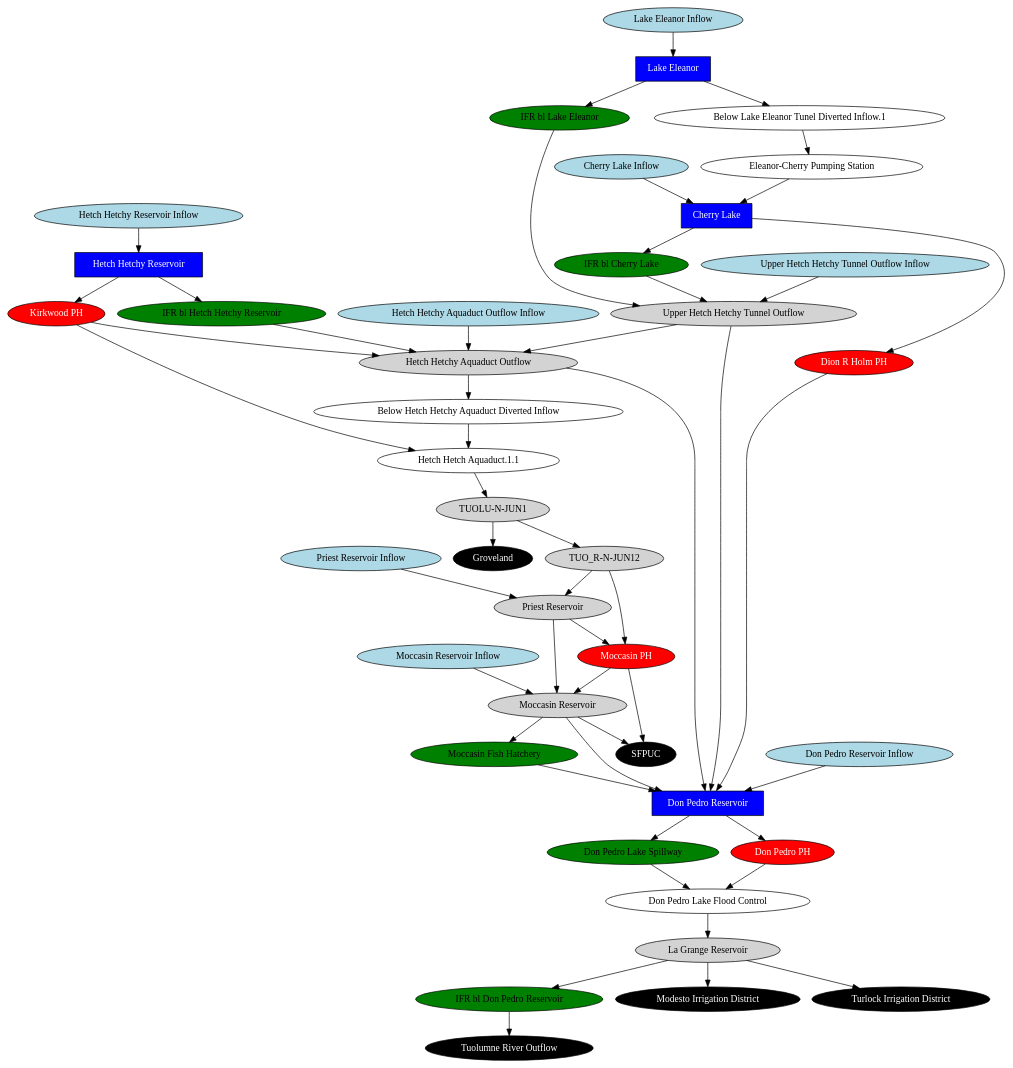
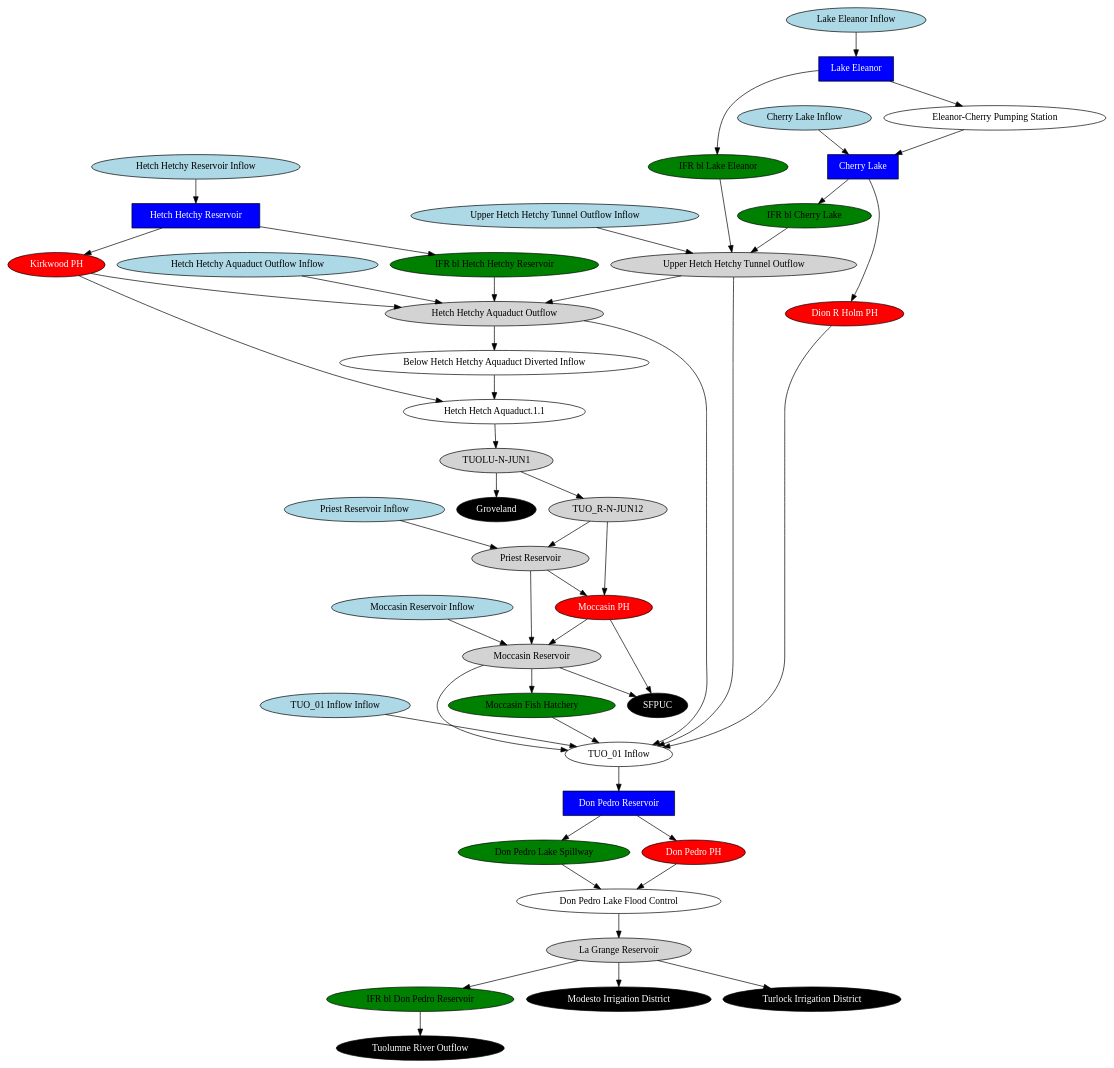
One commit to vicelab/cen-sierra-pywr changed the diagram in schematics/tuolumne_schematic_simplified.gv. Above: the diagram before and after it, drawn with Graphviz. The commit also changed 11 other files, not shown here.

Commit message:
preliminary addition of water bank, district entitlements, and related operations for cherry-eleanor

```diff
--- a/schematics/tuolumne_schematic_simplified.gv
+++ b/schematics/tuolumne_schematic_simplified.gv
@@ -1,91 +1,91 @@
 // tuolumne
 digraph tuolumne {
-	"Don Pedro Reservoir Inflow" [fillcolor=lightblue fontcolor=black shape=oval style=filled]
+	"TUO_01 Inflow Inflow" [fillcolor=lightblue fontcolor=black shape=oval style=filled]
 	"Upper Hetch Hetchy Tunnel Outflow Inflow" [fillcolor=lightblue fontcolor=black shape=oval style=filled]
 	"Cherry Lake Inflow" [fillcolor=lightblue fontcolor=black shape=oval style=filled]
 	"Lake Eleanor Inflow" [fillcolor=lightblue fontcolor=black shape=oval style=filled]
 	"Hetch Hetchy Reservoir Inflow" [fillcolor=lightblue fontcolor=black shape=oval style=filled]
 	"Moccasin Reservoir Inflow" [fillcolor=lightblue fontcolor=black shape=oval style=filled]
 	"Priest Reservoir Inflow" [fillcolor=lightblue fontcolor=black shape=oval style=filled]
 	"Hetch Hetchy Aquaduct Outflow Inflow" [fillcolor=lightblue fontcolor=black shape=oval style=filled]
 	"Below Hetch Hetchy Aquaduct Diverted Inflow" [fillcolor=white fontcolor=black shape=oval style=filled]
-	"Below Lake Eleanor Tunel Diverted Inflow.1" [fillcolor=white fontcolor=black shape=oval style=filled]
 	"Don Pedro Lake Flood Control" [fillcolor=white fontcolor=black shape=oval style=filled]
 	"Hetch Hetch Aquaduct.1.1" [fillcolor=white fontcolor=black shape=oval style=filled]
 	"Cherry Lake" [fillcolor=blue fontcolor=white shape=rect style=filled]
 	"Dion R Holm PH" [fillcolor=red fontcolor=white shape=oval style=filled]
 	"Don Pedro Lake Spillway" [fillcolor=green fontcolor=black shape=oval style=filled]
 	"Don Pedro PH" [fillcolor=red fontcolor=white shape=oval style=filled]
 	"Don Pedro Reservoir" [fillcolor=blue fontcolor=white shape=rect style=filled]
 	"Eleanor-Cherry Pumping Station" [fillcolor=white fontcolor=black shape=oval style=filled]
 	Groveland [fillcolor=black fontcolor=white shape=oval style=filled]
 	"Hetch Hetchy Aquaduct Outflow" [fillcolor=lightgrey fontcolor=black shape=oval style=filled]
 	"Hetch Hetchy Reservoir" [fillcolor=blue fontcolor=white shape=rect style=filled]
 	"IFR bl Cherry Lake" [fillcolor=green fontcolor=black shape=oval style=filled]
 	"IFR bl Don Pedro Reservoir" [fillcolor=green fontcolor=black shape=oval style=filled]
 	"IFR bl Hetch Hetchy Reservoir" [fillcolor=green fontcolor=black shape=oval style=filled]
 	"IFR bl Lake Eleanor" [fillcolor=green fontcolor=black shape=oval style=filled]
 	"Moccasin Fish Hatchery" [fillcolor=green fontcolor=black shape=oval style=filled]
 	"Kirkwood PH" [fillcolor=red fontcolor=white shape=oval style=filled]
 	"La Grange Reservoir" [fillcolor=lightgrey fontcolor=black shape=oval style=filled]
 	"Lake Eleanor" [fillcolor=blue fontcolor=white shape=rect style=filled]
 	"Moccasin PH" [fillcolor=red fontcolor=white shape=oval style=filled]
 	"Moccasin Reservoir" [fillcolor=lightgrey fontcolor=black shape=oval style=filled]
 	"Modesto Irrigation District" [fillcolor=black fontcolor=white shape=oval style=filled]
 	"Priest Reservoir" [fillcolor=lightgrey fontcolor=black shape=oval style=filled]
 	SFPUC [fillcolor=black fontcolor=white shape=oval style=filled]
 	"TUOLU-N-JUN1" [fillcolor=lightgrey fontcolor=black shape=oval style=filled]
 	"Tuolumne River Outflow" [fillcolor=black fontcolor=white shape=oval style=filled]
+	"TUO_01 Inflow" [fillcolor=white fontcolor=black shape=oval style=filled]
 	"TUO_R-N-JUN12" [fillcolor=lightgrey fontcolor=black shape=oval style=filled]
 	"Turlock Irrigation District" [fillcolor=black fontcolor=white shape=oval style=filled]
 	"Upper Hetch Hetchy Tunnel Outflow" [fillcolor=lightgrey fontcolor=black shape=oval style=filled]
 	"Hetch Hetchy Aquaduct Outflow" -> "Below Hetch Hetchy Aquaduct Diverted Inflow"
-	"Lake Eleanor" -> "Below Lake Eleanor Tunel Diverted Inflow.1"
-	"Below Lake Eleanor Tunel Diverted Inflow.1" -> "Eleanor-Cherry Pumping Station"
 	"Hetch Hetch Aquaduct.1.1" -> "TUOLU-N-JUN1"
 	"Cherry Lake" -> "IFR bl Cherry Lake"
 	"Cherry Lake" -> "Dion R Holm PH"
 	"Hetch Hetchy Reservoir" -> "IFR bl Hetch Hetchy Reservoir"
 	"Lake Eleanor" -> "IFR bl Lake Eleanor"
+	"Lake Eleanor" -> "Eleanor-Cherry Pumping Station"
 	"Eleanor-Cherry Pumping Station" -> "Cherry Lake"
+	"TUO_01 Inflow Inflow" -> "TUO_01 Inflow"
 	"Hetch Hetchy Reservoir" -> "Kirkwood PH"
 	"TUOLU-N-JUN1" -> Groveland
 	"TUOLU-N-JUN1" -> "TUO_R-N-JUN12"
 	"TUO_R-N-JUN12" -> "Priest Reservoir"
 	"Kirkwood PH" -> "Hetch Hetchy Aquaduct Outflow"
 	"Moccasin Reservoir" -> "Moccasin Fish Hatchery"
 	"La Grange Reservoir" -> "IFR bl Don Pedro Reservoir"
 	"Don Pedro Reservoir" -> "Don Pedro Lake Spillway"
 	"Don Pedro Reservoir" -> "Don Pedro PH"
 	"Don Pedro Lake Flood Control" -> "La Grange Reservoir"
+	"TUO_01 Inflow" -> "Don Pedro Reservoir"
 	"Moccasin PH" -> "Moccasin Reservoir"
 	"Don Pedro Lake Spillway" -> "Don Pedro Lake Flood Control"
 	"Don Pedro PH" -> "Don Pedro Lake Flood Control"
-	"Don Pedro Reservoir Inflow" -> "Don Pedro Reservoir"
 	"Upper Hetch Hetchy Tunnel Outflow Inflow" -> "Upper Hetch Hetchy Tunnel Outflow"
 	"Cherry Lake Inflow" -> "Cherry Lake"
 	"Lake Eleanor Inflow" -> "Lake Eleanor"
 	"Hetch Hetchy Reservoir Inflow" -> "Hetch Hetchy Reservoir"
 	"Moccasin Reservoir Inflow" -> "Moccasin Reservoir"
 	"Priest Reservoir" -> "Moccasin Reservoir"
 	"Priest Reservoir Inflow" -> "Priest Reservoir"
 	"Moccasin Reservoir" -> SFPUC
 	"Moccasin PH" -> SFPUC
 	"TUO_R-N-JUN12" -> "Moccasin PH"
 	"Priest Reservoir" -> "Moccasin PH"
 	"Below Hetch Hetchy Aquaduct Diverted Inflow" -> "Hetch Hetch Aquaduct.1.1"
 	"Kirkwood PH" -> "Hetch Hetch Aquaduct.1.1"
 	"Hetch Hetchy Aquaduct Outflow Inflow" -> "Hetch Hetchy Aquaduct Outflow"
 	"IFR bl Hetch Hetchy Reservoir" -> "Hetch Hetchy Aquaduct Outflow"
 	"IFR bl Cherry Lake" -> "Upper Hetch Hetchy Tunnel Outflow"
 	"IFR bl Lake Eleanor" -> "Upper Hetch Hetchy Tunnel Outflow"
 	"Upper Hetch Hetchy Tunnel Outflow" -> "Hetch Hetchy Aquaduct Outflow"
 	"La Grange Reservoir" -> "Modesto Irrigation District"
 	"La Grange Reservoir" -> "Turlock Irrigation District"
 	"IFR bl Don Pedro Reservoir" -> "Tuolumne River Outflow"
-	"Moccasin Reservoir" -> "Don Pedro Reservoir"
-	"Moccasin Fish Hatchery" -> "Don Pedro Reservoir"
-	"Hetch Hetchy Aquaduct Outflow" -> "Don Pedro Reservoir"
-	"Dion R Holm PH" -> "Don Pedro Reservoir"
-	"Upper Hetch Hetchy Tunnel Outflow" -> "Don Pedro Reservoir"
+	"Moccasin Reservoir" -> "TUO_01 Inflow"
+	"Moccasin Fish Hatchery" -> "TUO_01 Inflow"
+	"Hetch Hetchy Aquaduct Outflow" -> "TUO_01 Inflow"
+	"Dion R Holm PH" -> "TUO_01 Inflow"
+	"Upper Hetch Hetchy Tunnel Outflow" -> "TUO_01 Inflow"
 }
```
